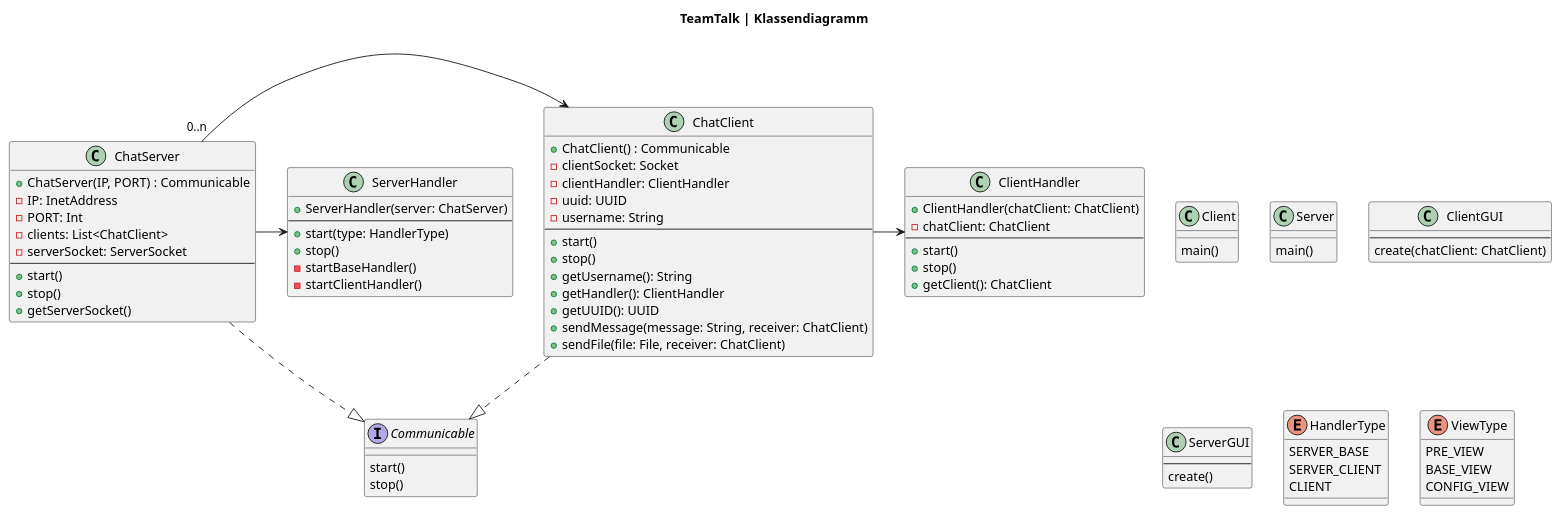
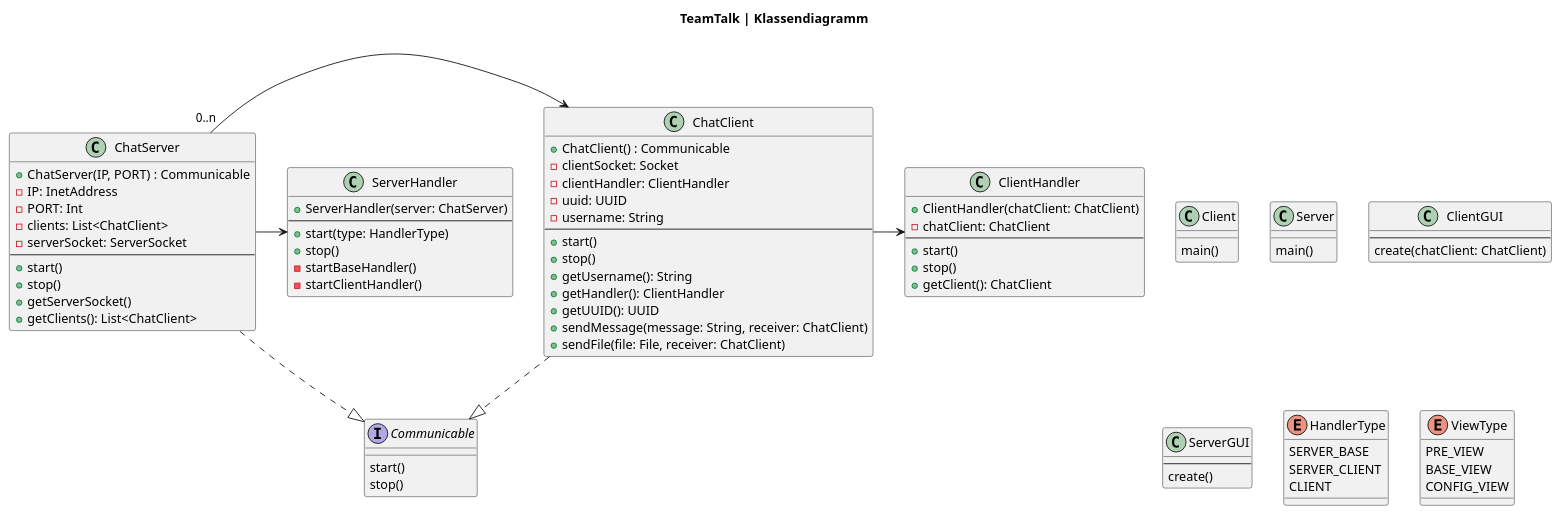
The diagram in doc/teamtalk_classes.puml (RaphiH18/TeamTalk), drawn with PlantUML before and after one commit. The commit also changed 21 other files, not shown here.

```diff
--- a/doc/teamtalk_classes.puml
+++ b/doc/teamtalk_classes.puml
@@ -1,91 +1,92 @@
 @startuml
 title TeamTalk | Klassendiagramm
 
 class Client {
     main()
 }
 
 class Server {
     main()
 }
 
 class ClientGUI {
     --
     create(chatClient: ChatClient)
 }
 
 class ServerGUI {
     --
     create()
 }
 
 class ChatClient {
     +ChatClient() : Communicable
     -clientSocket: Socket
     -clientHandler: ClientHandler
     -uuid: UUID
     -username: String
     --
     +start()
     +stop()
     +getUsername(): String
     +getHandler(): ClientHandler
     +getUUID(): UUID
     +sendMessage(message: String, receiver: ChatClient)
     +sendFile(file: File, receiver: ChatClient)
 }
 
 class ClientHandler {
     +ClientHandler(chatClient: ChatClient)
     -chatClient: ChatClient
     --
     +start()
     +stop()
     +getClient(): ChatClient
 }
 
 class ChatServer {
     +ChatServer(IP, PORT) : Communicable
     -IP: InetAddress
     -PORT: Int
     -clients: List<ChatClient>
     -serverSocket: ServerSocket
     --
     +start()
     +stop()
     +getServerSocket()
+    +getClients(): List<ChatClient>
 }
 
 class ServerHandler {
     +ServerHandler(server: ChatServer)
     --
     +start(type: HandlerType)
     +stop()
     -startBaseHandler()
     -startClientHandler()
 }
 
 interface Communicable {
     start()
     stop()
 }
 
 enum HandlerType {
     SERVER_BASE
     SERVER_CLIENT
     CLIENT
 }
 
 enum ViewType {
     PRE_VIEW
     BASE_VIEW
     CONFIG_VIEW
 }
 
 ChatClient -[dashed]-|> Communicable
 ChatServer -[dashed]-|> Communicable
 ChatServer "0..n" -> ChatClient
 ChatClient -> ClientHandler
 ChatServer -> ServerHandler
 
 @enduml
```
